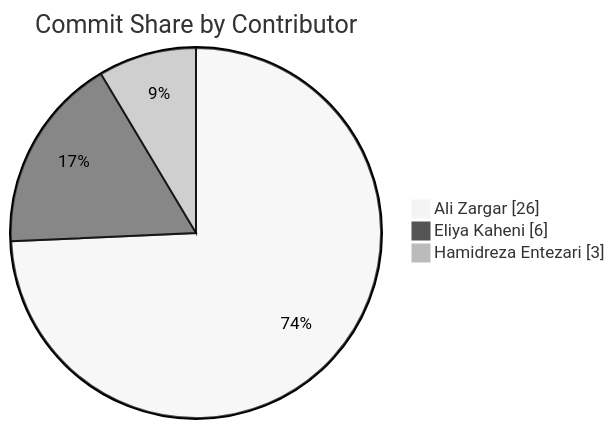
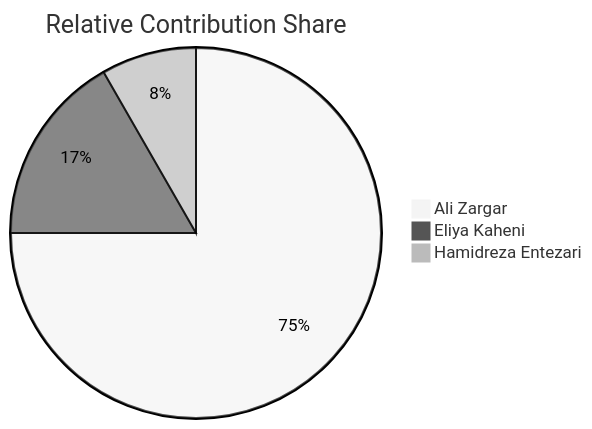
One commit to 0ALI0ZARGAR0/c-minus-compiler changed the first of 4 diagrams in README.md. Above: the diagram before and after it, drawn with Mermaid (neutral theme). The commit also changed other lines of this file and 1 other file, not shown here.

Commit message:
Simplify contributor overview presentation

````diff
--- a/README.md
+++ b/README.md
@@ -52,7 +51,7 @@
 ```mermaid
-pie showData
-    title Commit Share by Contributor
-    "Ali Zargar" : 26
-    "Eliya Kaheni" : 6
-    "Hamidreza Entezari" : 3
+pie
+    title Relative Contribution Share
+    "Ali Zargar" : 75.0
+    "Eliya Kaheni" : 16.7
+    "Hamidreza Entezari" : 8.3
 ```
````
